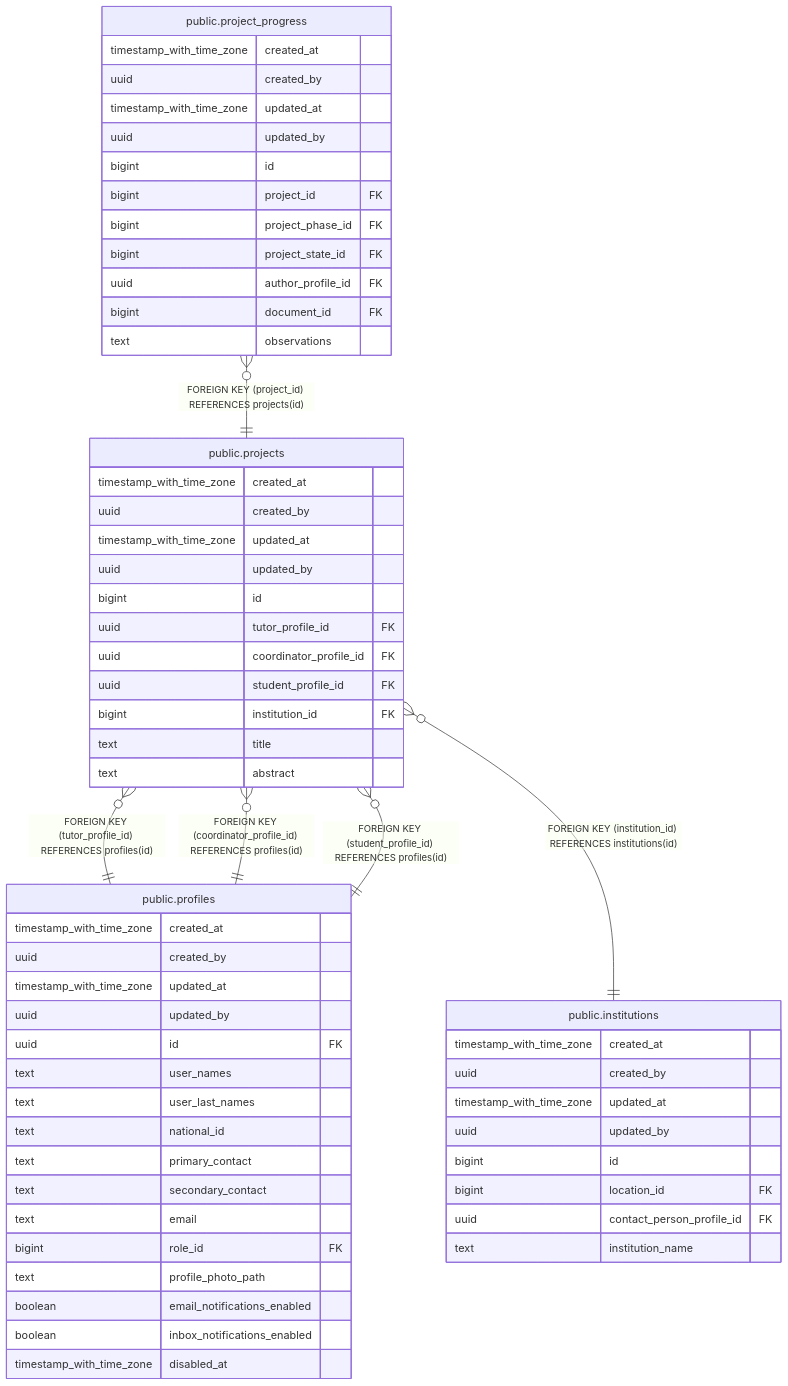
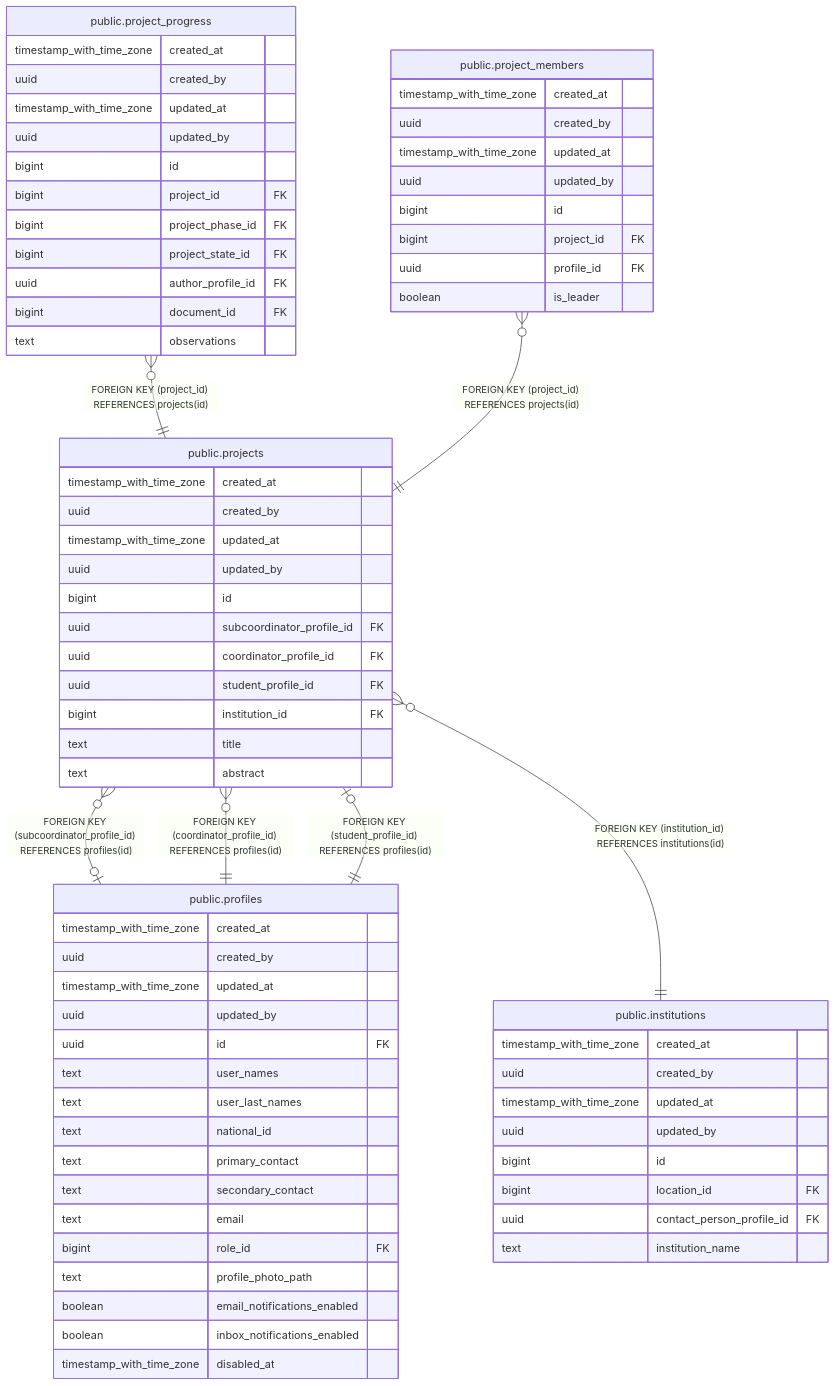
Before and after one commit to icristianhernandez/academic-service-backend: the diagram in docs/db/tbls/public.projects.md, drawn with Mermaid. The commit also changed other lines of this file and 15 other files, not shown here.

````diff
--- a/docs/db/tbls/public.projects.md
+++ b/docs/db/tbls/public.projects.md
@@ -47,64 +49,75 @@
 ```mermaid
 erDiagram
 
 "public.project_progress" }o--|| "public.projects" : "FOREIGN KEY (project_id) REFERENCES projects(id)"
-"public.projects" }o--|| "public.profiles" : "FOREIGN KEY (tutor_profile_id) REFERENCES profiles(id)"
+"public.project_members" }o--|| "public.projects" : "FOREIGN KEY (project_id) REFERENCES projects(id)"
+"public.projects" }o--o| "public.profiles" : "FOREIGN KEY (subcoordinator_profile_id) REFERENCES profiles(id)"
 "public.projects" }o--|| "public.profiles" : "FOREIGN KEY (coordinator_profile_id) REFERENCES profiles(id)"
-"public.projects" }o--|| "public.profiles" : "FOREIGN KEY (student_profile_id) REFERENCES profiles(id)"
+"public.projects" |o--|| "public.profiles" : "FOREIGN KEY (student_profile_id) REFERENCES profiles(id)"
 "public.projects" }o--|| "public.institutions" : "FOREIGN KEY (institution_id) REFERENCES institutions(id)"
 
 "public.projects" {
   timestamp_with_time_zone created_at ""
   uuid created_by ""
   timestamp_with_time_zone updated_at ""
   uuid updated_by ""
   bigint id ""
-  uuid tutor_profile_id FK ""
+  uuid subcoordinator_profile_id FK ""
   uuid coordinator_profile_id FK ""
   uuid student_profile_id FK ""
   bigint institution_id FK ""
   text title ""
   text abstract ""
 }
 "public.project_progress" {
   timestamp_with_time_zone created_at ""
   uuid created_by ""
   timestamp_with_time_zone updated_at ""
   uuid updated_by ""
   bigint id ""
   bigint project_id FK ""
   bigint project_phase_id FK ""
   bigint project_state_id FK ""
   uuid author_profile_id FK ""
   bigint document_id FK ""
   text observations ""
+}
+"public.project_members" {
+  timestamp_with_time_zone created_at ""
+  uuid created_by ""
+  timestamp_with_time_zone updated_at ""
+  uuid updated_by ""
+  bigint id ""
+  bigint project_id FK ""
+  uuid profile_id FK ""
+  boolean is_leader ""
 }
 "public.profiles" {
   timestamp_with_time_zone created_at ""
   uuid created_by ""
   timestamp_with_time_zone updated_at ""
   uuid updated_by ""
   uuid id FK ""
   text user_names ""
   text user_last_names ""
   text national_id ""
   text primary_contact ""
   text secondary_contact ""
   text email ""
   bigint role_id FK ""
   text profile_photo_path ""
   boolean email_notifications_enabled ""
   boolean inbox_notifications_enabled ""
   timestamp_with_time_zone disabled_at ""
 }
 "public.institutions" {
   timestamp_with_time_zone created_at ""
   uuid created_by ""
   timestamp_with_time_zone updated_at ""
   uuid updated_by ""
   bigint id ""
   bigint location_id FK ""
   uuid contact_person_profile_id FK ""
   text institution_name ""
 }
 ```
````
